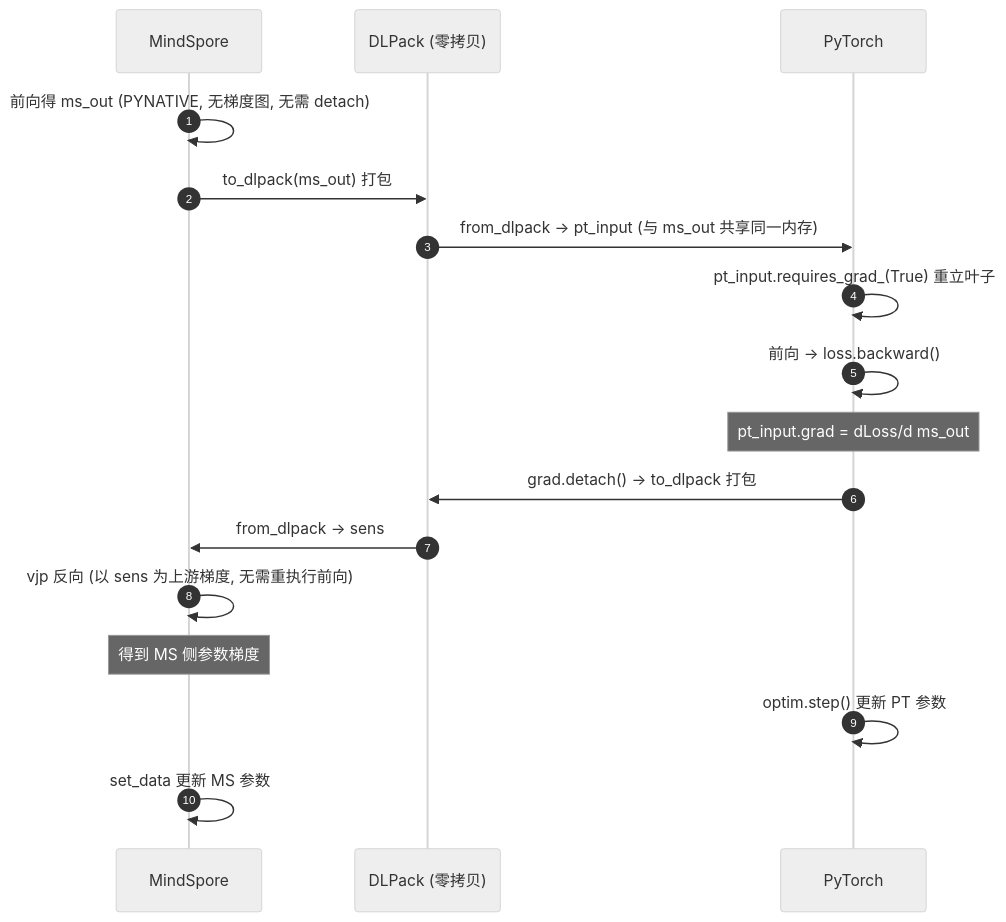
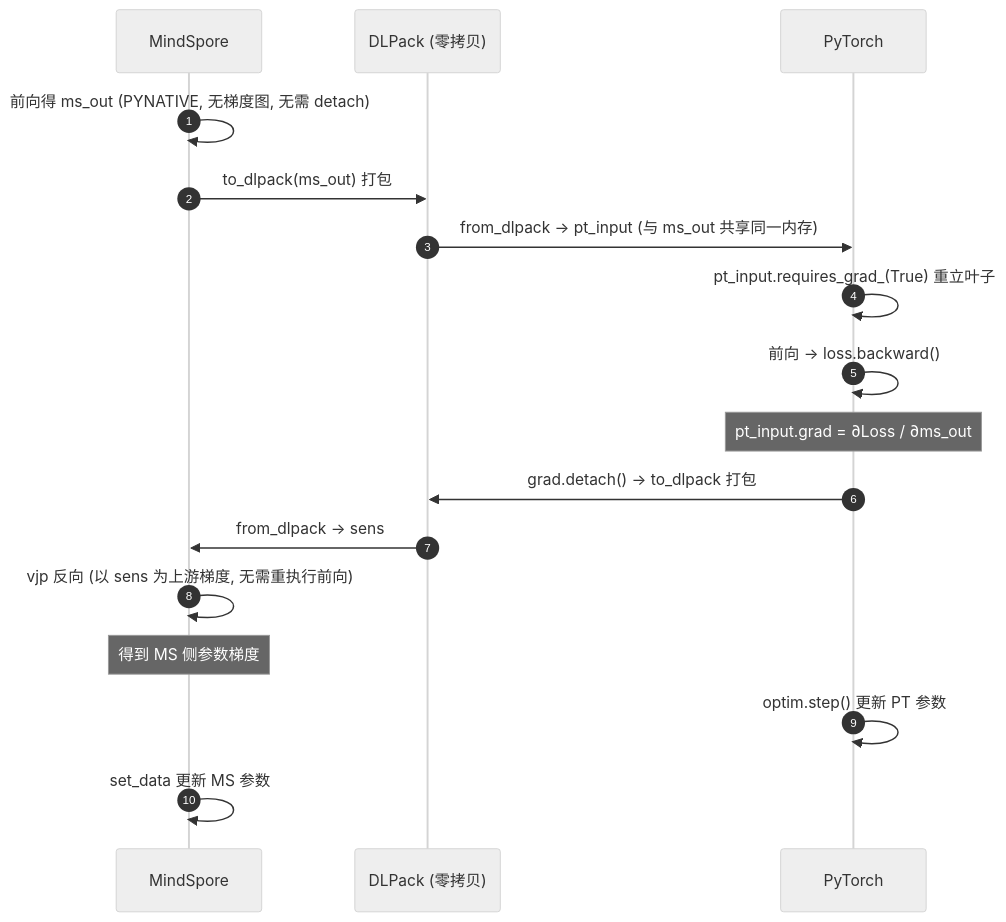
One commit to gz-ai-frontier-lab/idea-verify changed the second of 2 diagrams in dlpack-verify/docs/DLPack混合训练实践报告.md. Above: the diagram before and after it, drawn with Mermaid (neutral theme). The commit also changed other lines of this file, not shown here.

````diff
--- a/dlpack-verify/docs/DLPack混合训练实践报告.md
+++ b/dlpack-verify/docs/DLPack混合训练实践报告.md
@@ -297,20 +375,20 @@
 ```mermaid
 sequenceDiagram
     autonumber
     participant MS as MindSpore
     participant DL as DLPack (零拷贝)
     participant PT as PyTorch
 
     MS->>MS: 前向得 ms_out (PYNATIVE, 无梯度图, 无需 detach)
     MS->>DL: to_dlpack(ms_out) 打包
     DL->>PT: from_dlpack -> pt_input (与 ms_out 共享同一内存)
     PT->>PT: pt_input.requires_grad_(True) 重立叶子
     PT->>PT: 前向 -> loss.backward()
-    Note over PT: pt_input.grad = dLoss/d ms_out
+    Note over PT: pt_input.grad = ∂Loss / ∂ms_out
     PT->>DL: grad.detach() -> to_dlpack 打包
     DL->>MS: from_dlpack -> sens
     MS->>MS: vjp 反向 (以 sens 为上游梯度, 无需重执行前向)
     Note over MS: 得到 MS 侧参数梯度
     PT->>PT: optim.step() 更新 PT 参数
     MS->>MS: set_data 更新 MS 参数
 ```
````
